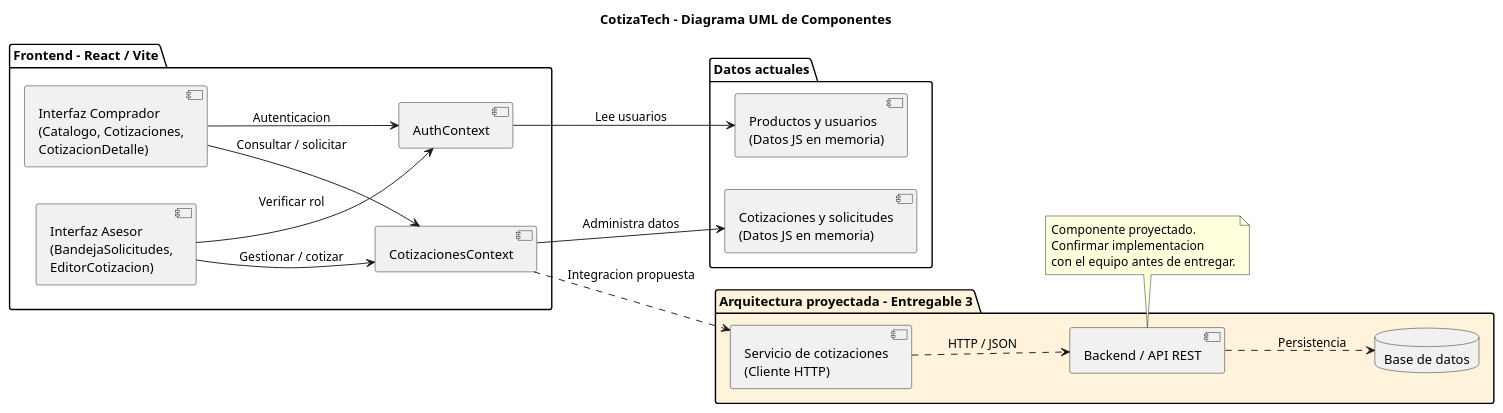
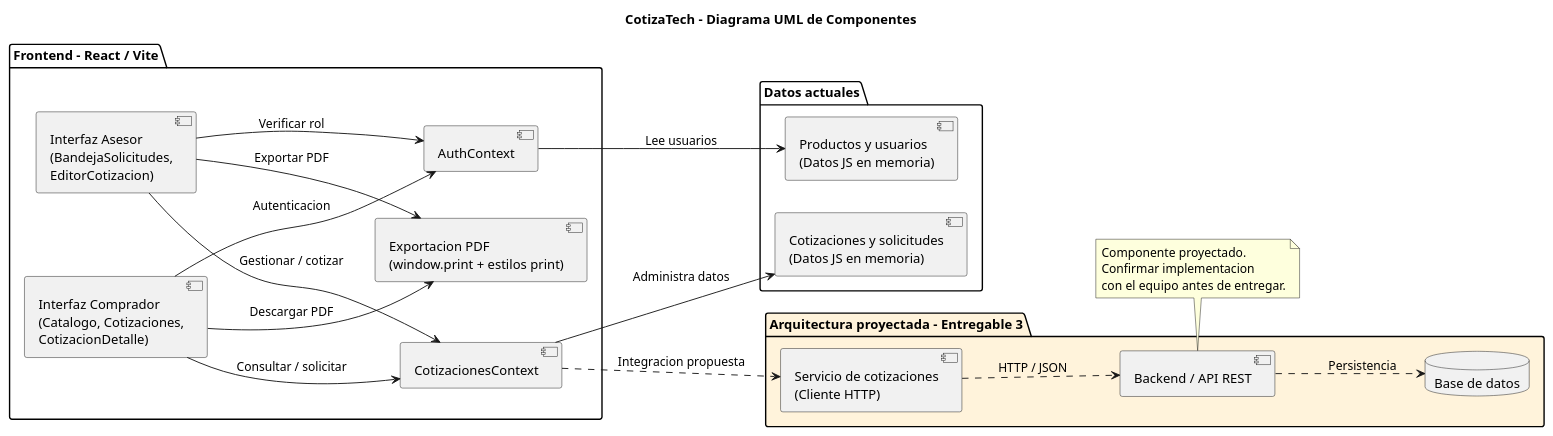
Before and after one commit to Thiago010904/PaginaDise-o: the diagram in documentacion/diagramas/componentes.puml, drawn with PlantUML. The commit also changed 3 other files, not shown here.

First line of the commit message:
docs: agregar diagrama de despliegue y exportacion PDF en componentes

```diff
--- a/documentacion/diagramas/componentes.puml
+++ b/documentacion/diagramas/componentes.puml
@@ -1,42 +1,45 @@
 @startuml
 title CotizaTech - Diagrama UML de Componentes
 left to right direction
 skinparam componentStyle uml2
 skinparam shadowing false
 
 package "Frontend - React / Vite" {
   component "Interfaz Comprador\n(Catalogo, Cotizaciones,\nCotizacionDetalle)" as Comprador
   component "Interfaz Asesor\n(BandejaSolicitudes,\nEditorCotizacion)" as Asesor
   component "AuthContext" as Auth
   component "CotizacionesContext" as Cotizaciones
+  component "Exportacion PDF\n(window.print + estilos print)" as PDF
 }
 
 package "Datos actuales" {
   component "Productos y usuarios\n(Datos JS en memoria)" as Datos
   component "Cotizaciones y solicitudes\n(Datos JS en memoria)" as Memoria
 }
 
 package "Arquitectura proyectada - Entregable 3" #FFF3DB {
   component "Servicio de cotizaciones\n(Cliente HTTP)" as Servicio
   component "Backend / API REST" as API
   database "Base de datos" as BD
 }
 
 Comprador --> Auth : Autenticacion
 Comprador --> Cotizaciones : Consultar / solicitar
 Asesor --> Auth : Verificar rol
 Asesor --> Cotizaciones : Gestionar / cotizar
+Comprador --> PDF : Descargar PDF
+Asesor --> PDF : Exportar PDF
 
 Auth --> Datos : Lee usuarios
 Cotizaciones --> Memoria : Administra datos
 
 Cotizaciones ..> Servicio : Integracion propuesta
 Servicio ..> API : HTTP / JSON
 API ..> BD : Persistencia
 
 note bottom of API
   Componente proyectado.
   Confirmar implementacion
   con el equipo antes de entregar.
 end note
 @enduml
```
